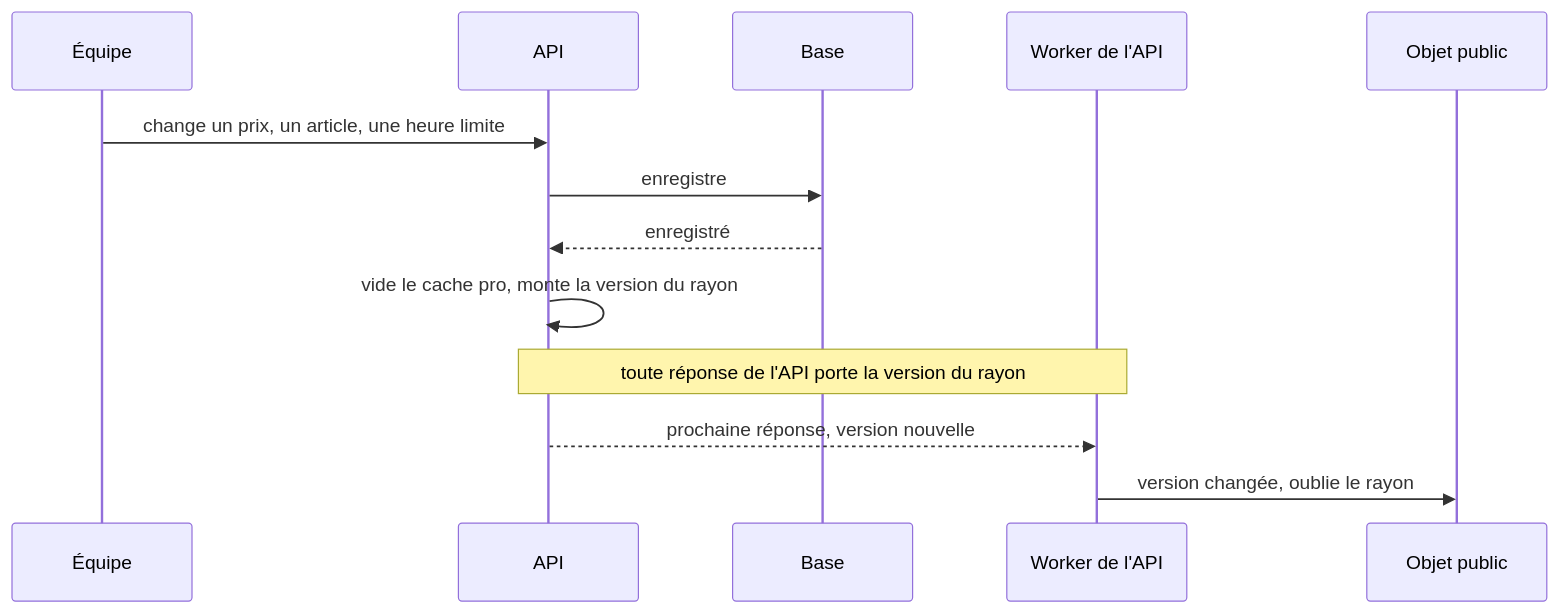
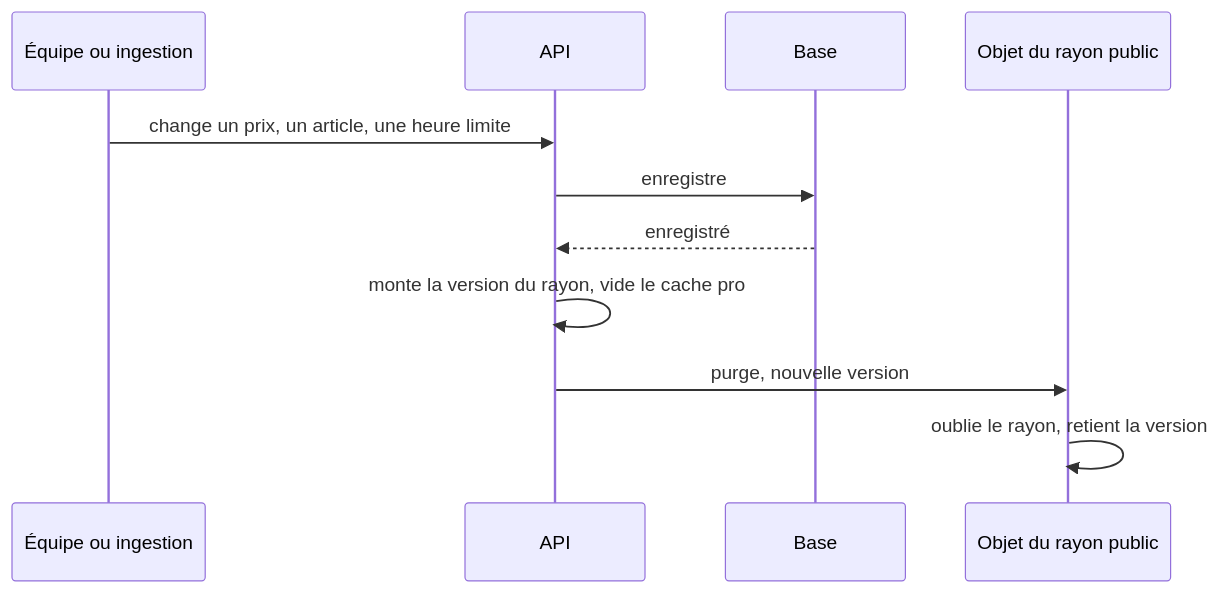
The third of 3 diagrams in documentation/pricing/moteur/plan-cache-du-catalogue.md (hugoheynard/lfd), drawn with Mermaid before and after one commit. The commit also changed other lines of this file, not shown here.

First line of the commit message:
docs(pricing): la purge du cache du catalogue suit le modèle d'un Redis

````diff
--- a/documentation/pricing/moteur/plan-cache-du-catalogue.md
+++ b/documentation/pricing/moteur/plan-cache-du-catalogue.md
@@ -66,15 +72,13 @@
 ```mermaid
 sequenceDiagram
-  participant E as Équipe
+  participant E as Équipe ou ingestion
   participant A as API
   participant B as Base
-  participant W as Worker de l'API
-  participant O as Objet public
+  participant O as Objet du rayon public
   E->>A: change un prix, un article, une heure limite
   A->>B: enregistre
   B-->>A: enregistré
-  A->>A: vide le cache pro, monte la version du rayon
-  Note over A,W: toute réponse de l'API porte la version du rayon
-  A-->>W: prochaine réponse, version nouvelle
-  W->>O: version changée, oublie le rayon
+  A->>A: monte la version du rayon, vide le cache pro
+  A->>O: purge, nouvelle version
+  O->>O: oublie le rayon, retient la version
 ```
````
